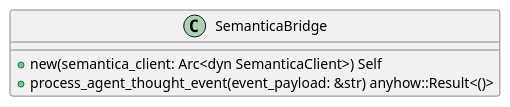
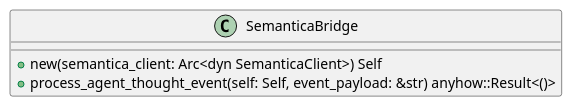
One commit to lgcorzo/rust_CACD_autonomous_factory changed the first of 6 diagrams in openwiki/crates_factory_application_src_bridge_semantica_bridge.md. Above: the diagram before and after it, drawn with PlantUML. The commit also changed other lines of this file and 95 other files, not shown here.

````diff
--- a/openwiki/crates_factory_application_src_bridge_semantica_bridge.md
+++ b/openwiki/crates_factory_application_src_bridge_semantica_bridge.md
@@ -104,9 +105,9 @@
 ```plantuml
 @startuml
 class SemanticaBridge {
     +new(semantica_client: Arc<dyn SemanticaClient>) Self
-    +process_agent_thought_event(event_payload: &str) anyhow::Result<()>
+    +process_agent_thought_event(self: Self, event_payload: &str) anyhow::Result<()>
 }
 @enduml
 
 ```
````
